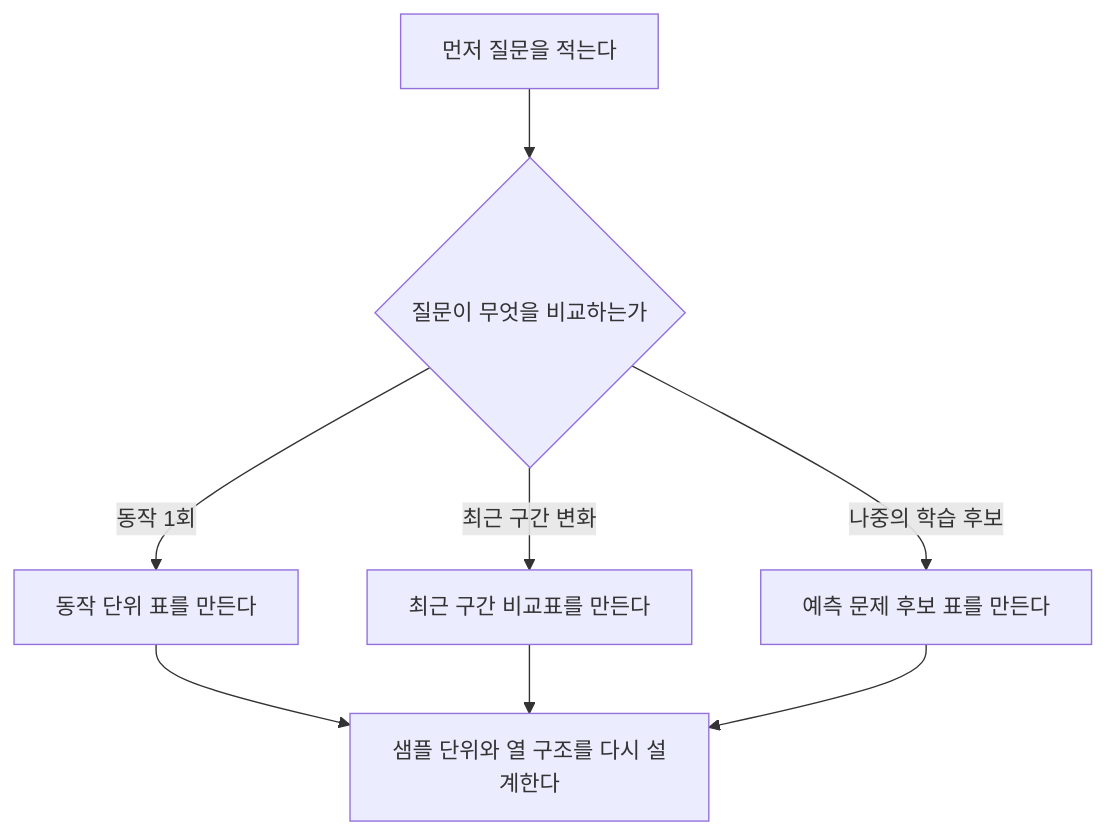
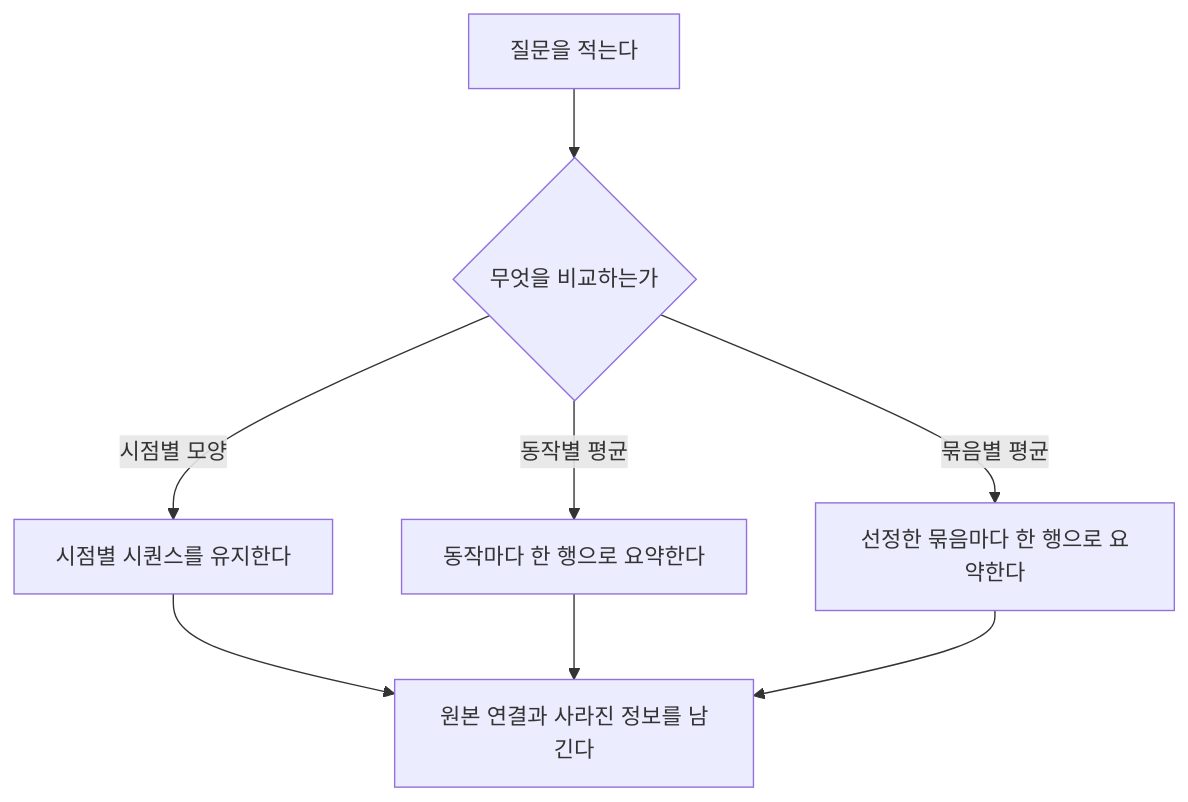
One commit to devchan64/AiBook changed the diagram in docs/assets/part-03/chapter-03/p3-3-2-mermaid-01-ko.mmd. Above: the diagram before and after it, drawn with Mermaid. The commit also changed 22 other files, not shown here.

```diff
--- a/docs/assets/part-03/chapter-03/p3-3-2-mermaid-01-ko.mmd
+++ b/docs/assets/part-03/chapter-03/p3-3-2-mermaid-01-ko.mmd
@@ -1,8 +1,8 @@
 flowchart TD
-    A[먼저 질문을 적는다] --> B{질문이 무엇을 비교하는가}
-    B -- 동작 1회 --> C[동작 단위 표를 만든다]
-    B -- 최근 구간 변화 --> D[최근 구간 비교표를 만든다]
-    B -- 나중의 학습 후보 --> E[예측 문제 후보 표를 만든다]
-    C --> F[샘플 단위와 열 구조를 다시 설계한다]
+    A[질문을 적는다] --> B{무엇을 비교하는가}
+    B -- 시점별 모양 --> C[시점별 시퀀스를 유지한다]
+    B -- 동작별 평균 --> D[동작마다 한 행으로 요약한다]
+    B -- 묶음별 평균 --> E[선정한 묶음마다 한 행으로 요약한다]
+    C --> F[원본 연결과 사라진 정보를 남긴다]
     D --> F
     E --> F
```
